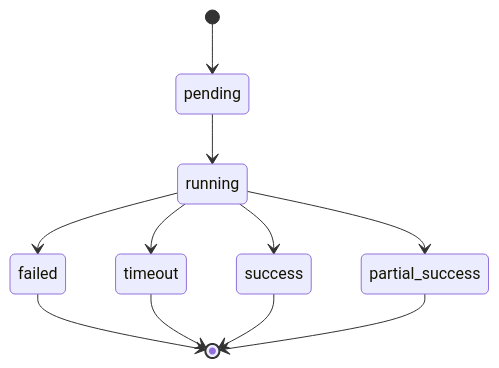
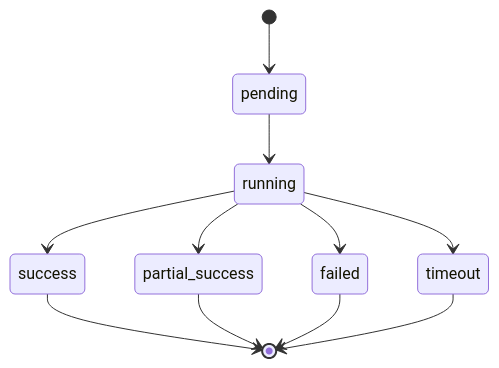
The second of 3 diagrams in docs/domain_model.md (taboaneiros/OpenNetManager), drawn with Mermaid before and after one commit. The commit also changed other lines of this file, not shown here.

````diff
--- a/docs/domain_model.md
+++ b/docs/domain_model.md
@@ -223,13 +625,13 @@
 ```mermaid
 stateDiagram-v2
     [*] --> pending
     pending --> running
     running --> success
     running --> partial_success
     running --> failed
     running --> timeout
+    success --> [*]
+    partial_success --> [*]
     failed --> [*]
     timeout --> [*]
-    success --> [*]
-    partial_success --> [*]
 ```
````
